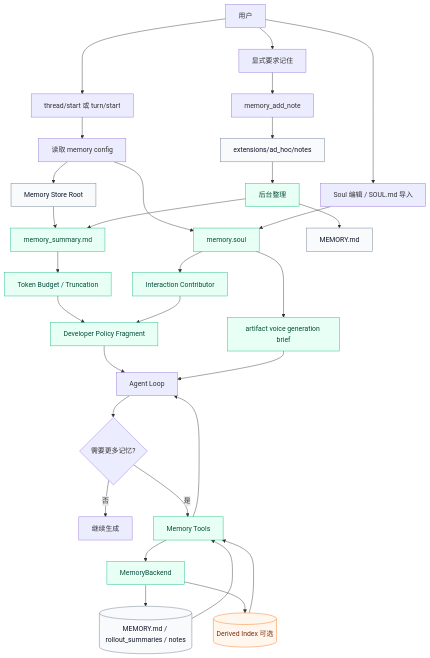
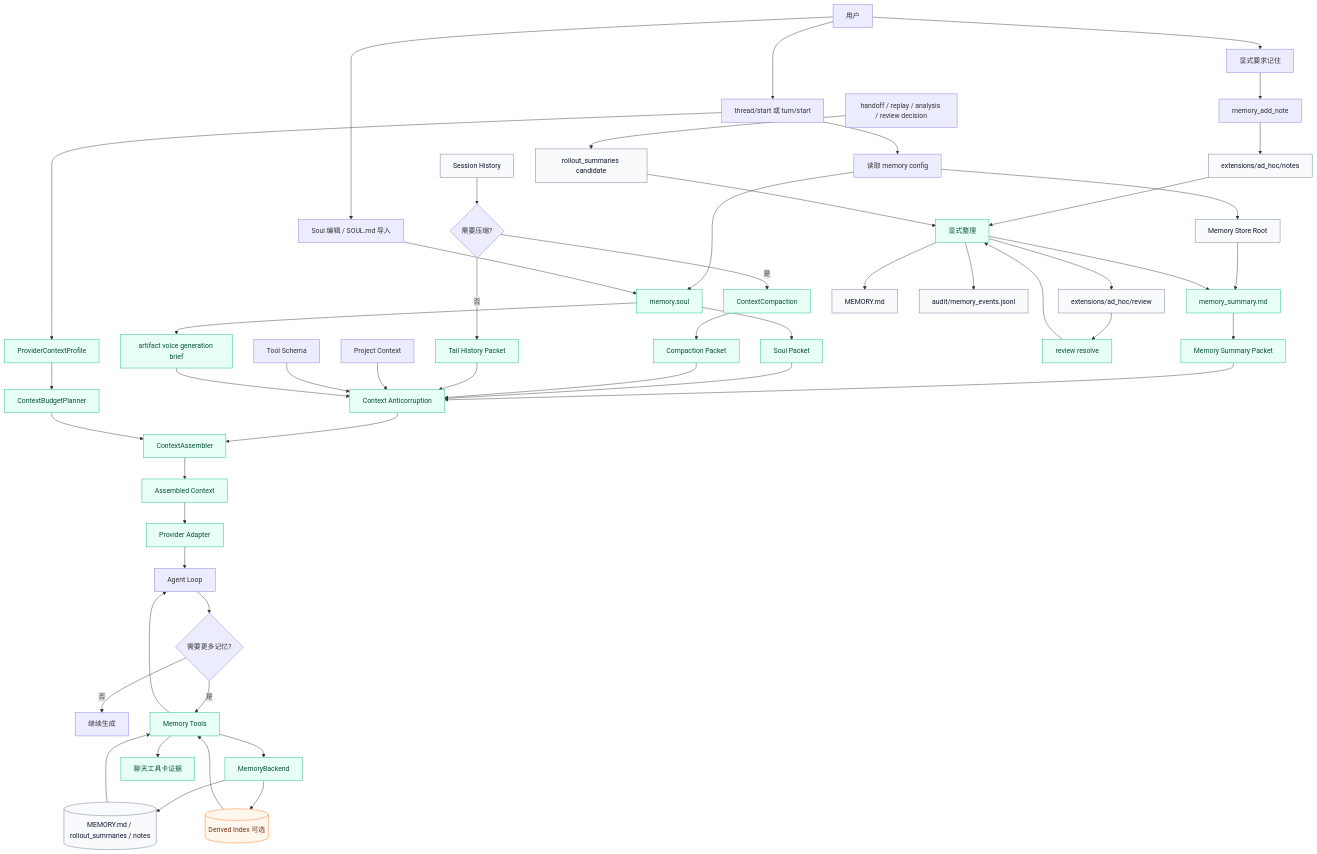
One commit to jiujuan/lime changed the first of 10 diagrams in internal/roadmap/memory/diagrams.md. Above: the diagram before and after it, drawn with Mermaid. The commit also changed other lines of this file and 251 other files, not shown here.

````diff
--- a/internal/roadmap/memory/diagrams.md
+++ b/internal/roadmap/memory/diagrams.md
@@ -9,43 +9,64 @@
 ```mermaid
 flowchart TB
   User[用户] --> Thread[thread/start 或 turn/start]
   Thread --> Config[读取 memory config]
+  Thread --> Profile[ProviderContextProfile]
   Config --> Store[Memory Store Root]
   Config --> Soul[memory.soul]
   Store --> Summary[memory_summary.md]
-  Summary --> Budget[Token Budget / Truncation]
-  Soul --> Interaction[Interaction Contributor]
-  Budget --> Prompt[Developer Policy Fragment]
-  Interaction --> Prompt
-  Prompt --> Agent[Agent Loop]
+  Summary --> PacketA[Memory Summary Packet]
+  Soul --> PacketB[Soul Packet]
+  History[Session History] --> Compact{需要压缩?}
+  Compact -- 是 --> CompactJob[ContextCompaction]
+  CompactJob --> CompactPacket[Compaction Packet]
+  Compact -- 否 --> Tail[Tail History Packet]
+  PacketA --> Anti[Context Anticorruption]
+  PacketB --> Anti
+  CompactPacket --> Anti
+  Tail --> Anti
+  Project[Project Context] --> Anti
+  ToolsSchema[Tool Schema] --> Anti
+  Anti --> Assembler[ContextAssembler]
+  Profile --> Budget[ContextBudgetPlanner]
+  Budget --> Assembler
+  Assembler --> Prompt[Assembled Context]
+  Prompt --> Adapter[Provider Adapter]
+  Adapter --> Agent[Agent Loop]
 
   Agent --> NeedMemory{需要更多记忆?}
   NeedMemory -- 否 --> Answer[继续生成]
   NeedMemory -- 是 --> Tools[Memory Tools]
   Tools --> Backend[MemoryBackend]
   Backend --> Files[(MEMORY.md / rollout_summaries / notes)]
   Backend --> Index[(Derived Index 可选)]
   Files --> Tools
   Index --> Tools
   Tools --> Agent
+  Tools --> Evidence[聊天工具卡证据]
 
   User --> Note[显式要求记住]
   Note --> AddNote[memory_add_note]
   AddNote --> Adhoc[extensions/ad_hoc/notes]
-  Adhoc --> Consolidation[后台整理]
+  Export[handoff / replay / analysis / review decision] --> Rollout[rollout_summaries candidate]
+  Adhoc --> Consolidation[显式整理]
+  Rollout --> Consolidation
+  Consolidation --> Review[extensions/ad_hoc/review]
+  Review --> Resolve[review resolve]
+  Resolve --> Consolidation
   Consolidation --> MemoryMd[MEMORY.md]
   Consolidation --> Summary
+  Consolidation --> Audit[audit/memory_events.jsonl]
 
   User --> SoulEditor[Soul 编辑 / SOUL.md 导入]
   SoulEditor --> Soul
   Soul --> Brief[artifact voice generation brief]
-  Brief --> Agent
+  Brief --> Anti
 
   classDef current fill:#E8FFF6,stroke:#10B981,color:#064E3B;
   classDef optional fill:#FFF7ED,stroke:#F97316,color:#7C2D12;
   classDef store fill:#F8FAFC,stroke:#64748B,color:#0F172A;
 
-  class Summary,Budget,Prompt,Tools,Backend,Consolidation,Soul,Interaction,Brief current;
+  class Summary,PacketA,PacketB,Anti,Assembler,Budget,Prompt,Adapter,Tools,Backend,Consolidation,Soul,Brief,Evidence,Resolve,Profile,CompactJob,CompactPacket,Tail current;
   class Index optional;
-  class Store,Files,Adhoc,MemoryMd store;
+  class Store,Files,Adhoc,MemoryMd,Rollout,Review,Audit,History store;
 ```
````
